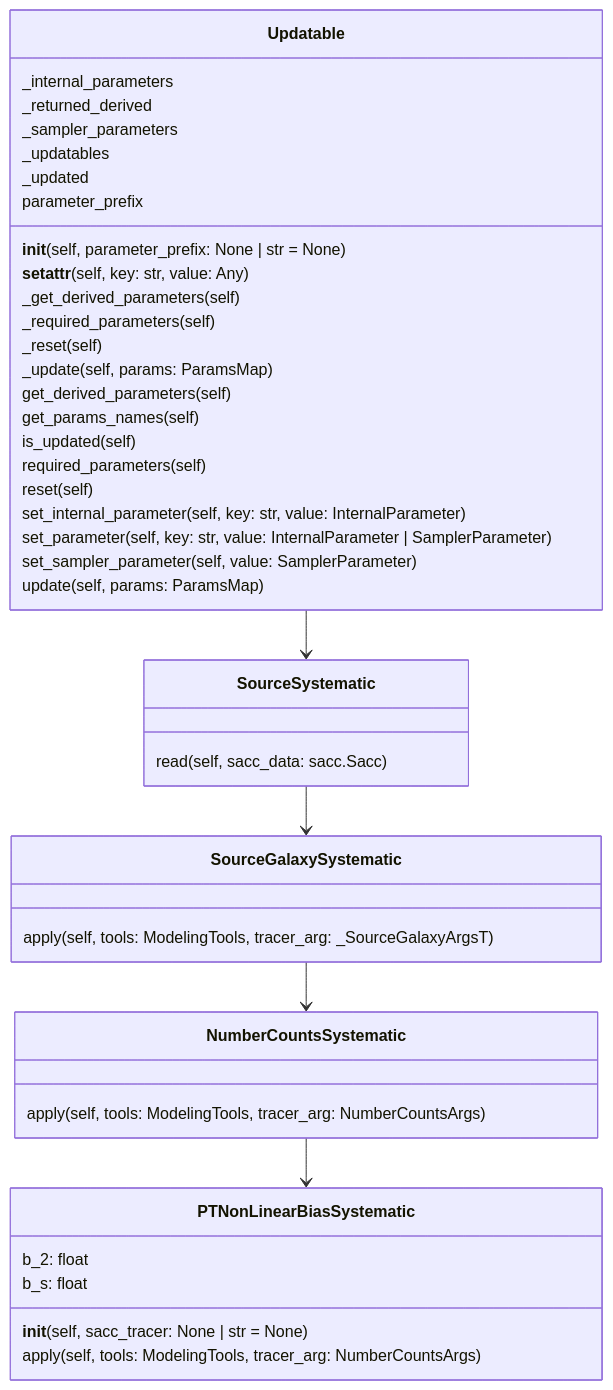
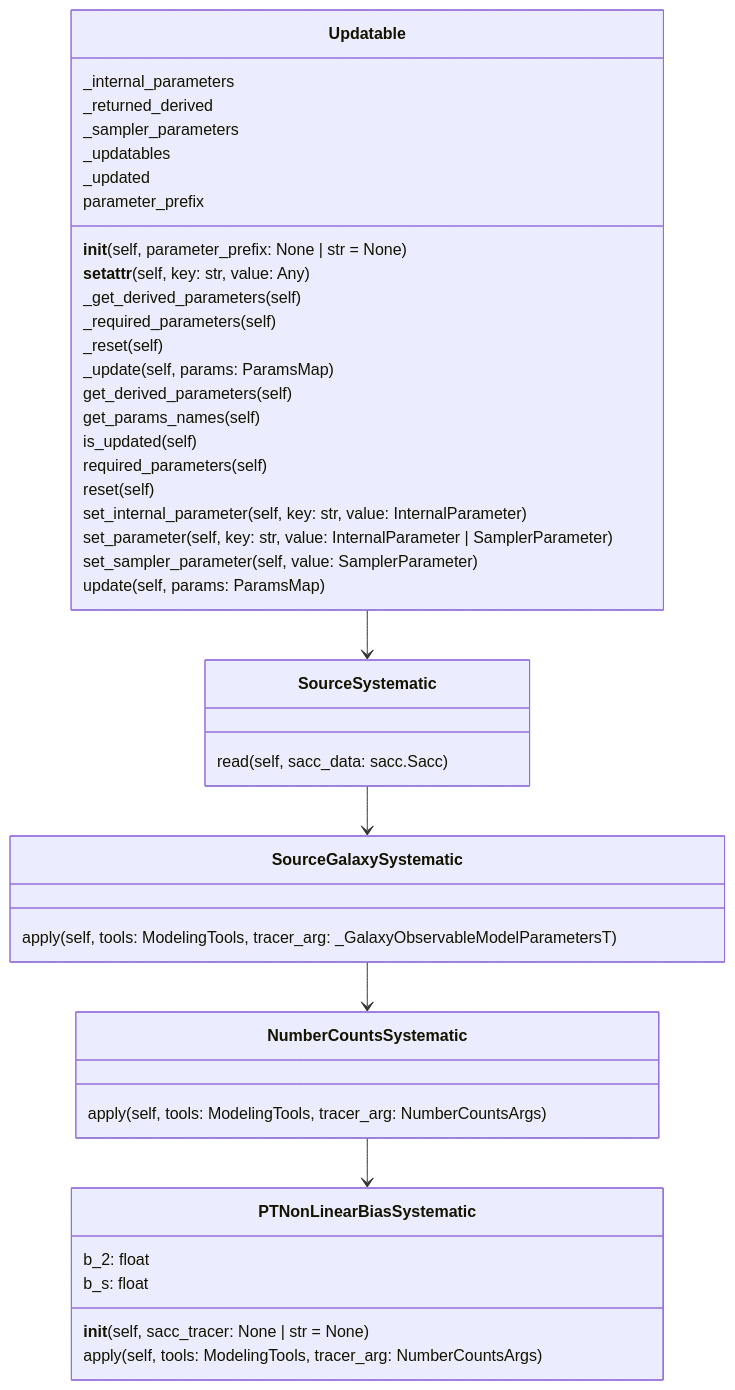
Before and after one commit to LSSTDESC/firecrown: the diagram in tutorial/systematics.qmd, drawn with Mermaid. The commit also changed other lines of this file and 4 other files, not shown here.

````diff
--- a/tutorial/systematics.qmd
+++ b/tutorial/systematics.qmd
@@ -51,47 +51,47 @@
 ```{mermaid}
 classDiagram
 direction TB
 class NumberCountsSystematic {
    apply(self, tools: ModelingTools, tracer_arg: NumberCountsArgs) 
 }
 class PTNonLinearBiasSystematic {
    b_2: float
    b_s: float
    __init__(self, sacc_tracer: None | str = None) 
    apply(self, tools: ModelingTools, tracer_arg: NumberCountsArgs) 
 }
 class SourceGalaxySystematic {
-   apply(self, tools: ModelingTools, tracer_arg: _SourceGalaxyArgsT) 
+   apply(self, tools: ModelingTools, tracer_arg: _GalaxyObservableModelParametersT) 
 }
 class SourceSystematic {
    read(self, sacc_data: sacc.Sacc) 
 }
 class Updatable {
     _internal_parameters
     _returned_derived
     _sampler_parameters
     _updatables
     _updated
     parameter_prefix
    __init__(self, parameter_prefix: None | str = None) 
    __setattr__(self, key: str, value: Any) 
    _get_derived_parameters(self) 
    _required_parameters(self) 
    _reset(self) 
    _update(self, params: ParamsMap) 
    get_derived_parameters(self) 
    get_params_names(self) 
    is_updated(self) 
    required_parameters(self) 
    reset(self) 
    set_internal_parameter(self, key: str, value: InternalParameter) 
    set_parameter(self, key: str, value: InternalParameter | SamplerParameter) 
    set_sampler_parameter(self, value: SamplerParameter) 
    update(self, params: ParamsMap) 
 }
 
 SourceGalaxySystematic  -->  NumberCountsSystematic 
 NumberCountsSystematic  -->  PTNonLinearBiasSystematic 
 SourceSystematic  -->  SourceGalaxySystematic 
 Updatable  -->  SourceSystematic 
 ```
````
